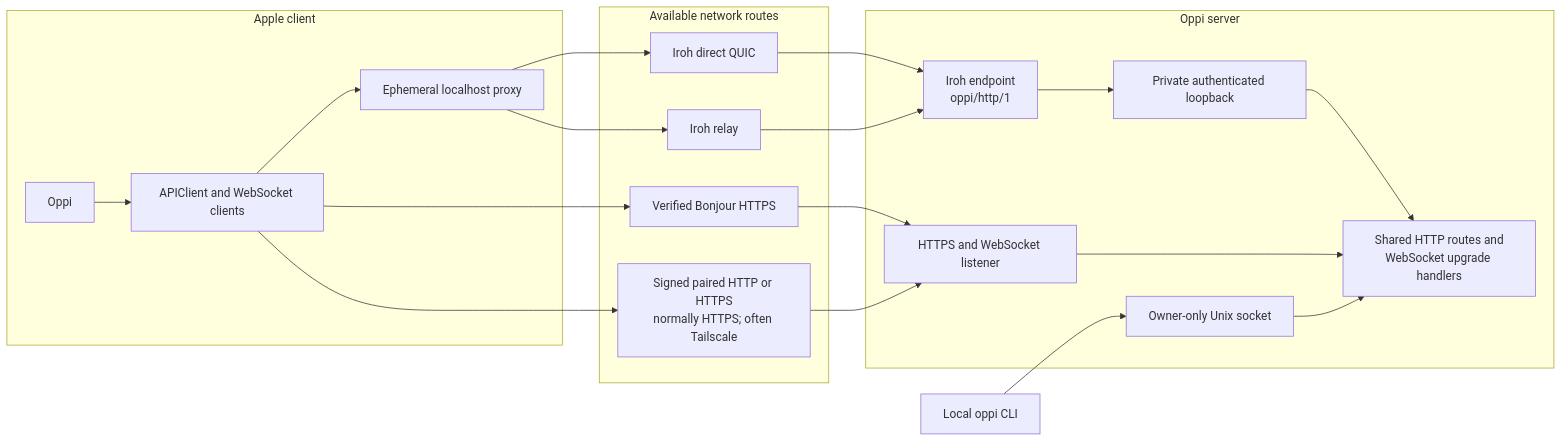
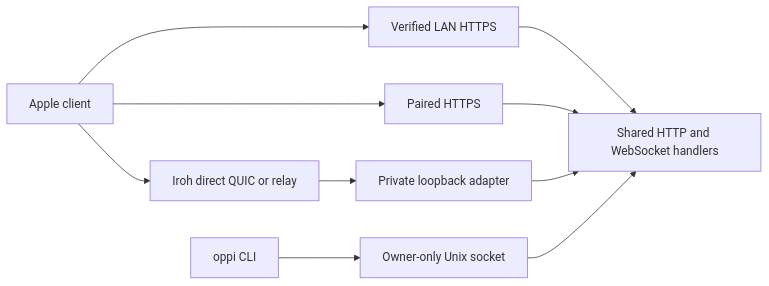
One commit to duh17/oppi changed the diagram in docs/networking.md. Above: the diagram before and after it, drawn with Mermaid. The commit also changed other lines of this file and 32 other files, not shown here.

First line of the commit message:
feat: add automatic and relay-aware Apple routing

````diff
--- a/docs/networking.md
+++ b/docs/networking.md
@@ -13,35 +19,10 @@
 ```mermaid
-graph LR
-  subgraph Apple[Apple client]
-    App[Oppi]
-    HTTP[APIClient and WebSocket clients]
-    Proxy[Ephemeral localhost proxy]
-  end
-
-  subgraph Network[Available network routes]
-    LAN[Verified Bonjour HTTPS]
-    Paired[Signed paired HTTP or HTTPS<br/>normally HTTPS; often Tailscale]
-    Direct[Iroh direct QUIC]
-    Relay[Iroh relay]
-  end
-
-  subgraph Server[Oppi server]
-    Listener[HTTPS and WebSocket listener]
-    Iroh[Iroh endpoint<br/>oppi/http/1]
-    Loopback[Private authenticated loopback]
-    Routes[Shared HTTP routes and<br/>WebSocket upgrade handlers]
-    Local[Owner-only Unix socket]
-  end
-
-  CLI[Local oppi CLI]
-
-  App --> HTTP
-  HTTP --> LAN --> Listener
-  HTTP --> Paired --> Listener
-  HTTP --> Proxy
-  Proxy --> Direct --> Iroh
-  Proxy --> Relay --> Iroh
-  Iroh --> Loopback --> Routes
-  Listener --> Routes
-  CLI --> Local --> Routes
+flowchart LR
+  App[Apple client] --> LAN[Verified LAN HTTPS]
+  App --> Paired[Paired HTTPS]
+  App --> Iroh[Iroh direct QUIC or relay]
+  LAN --> Routes[Shared HTTP and WebSocket handlers]
+  Paired --> Routes
+  Iroh --> Loopback[Private loopback adapter] --> Routes
+  CLI[oppi CLI] --> Socket[Owner-only Unix socket] --> Routes
 ```
````
